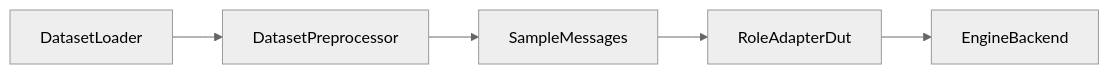
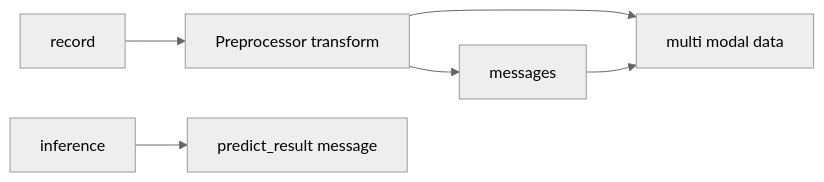
The sixth of 12 diagrams in README.md (HiThink-Research/GAGE), drawn with Mermaid (neutral theme) before and after one commit. The commit also changed other lines of this file and 42 other files, not shown here.

````diff
--- a/README.md
+++ b/README.md
@@ -874,7 +494,8 @@
 ```mermaid
 flowchart LR
-    Loader[DatasetLoader] --> Preproc[DatasetPreprocessor]
-    Preproc --> Sample[SampleMessages]
-    Sample --> Adapter[RoleAdapterDut]
-    Adapter --> Backend[EngineBackend]
+  Raw[record] --> Prep[Preprocessor transform]
+  Prep --> Msg[messages]
+  Prep --> MM[multi modal data]
+  Msg --> MM
+  Infer[inference] --> Out[predict_result message]
 ```
````
